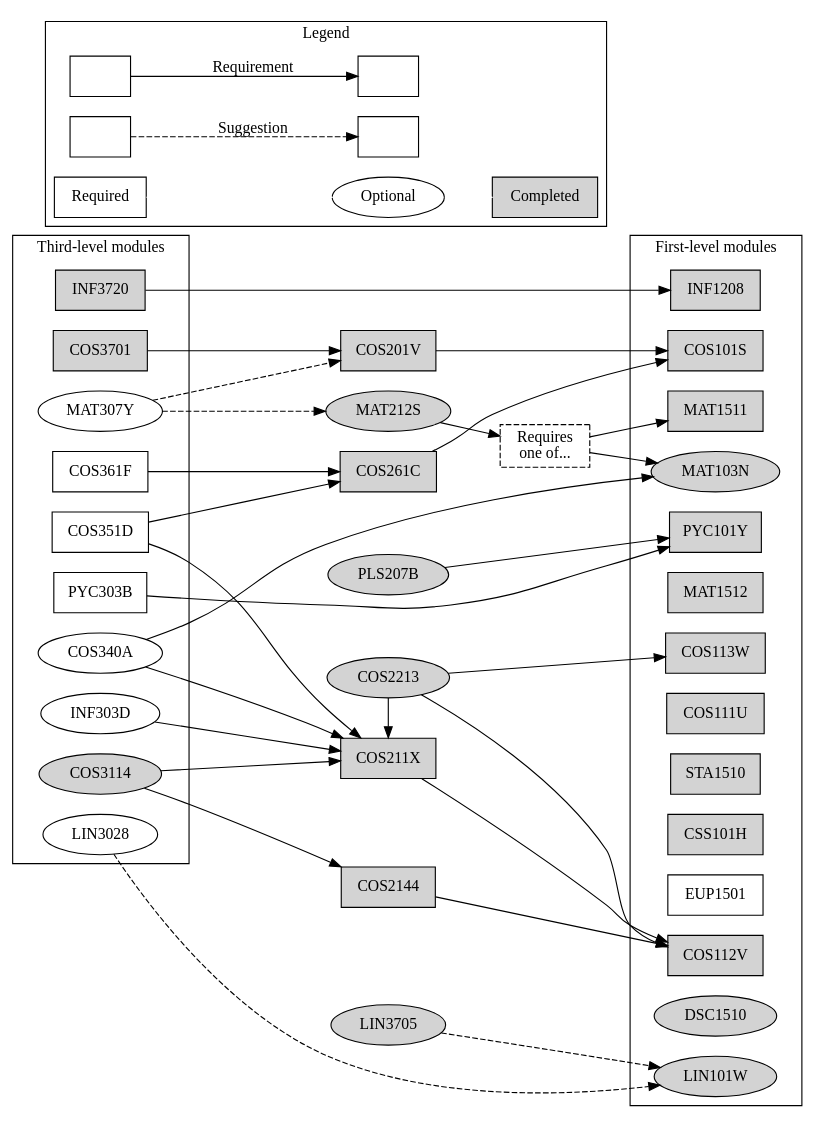
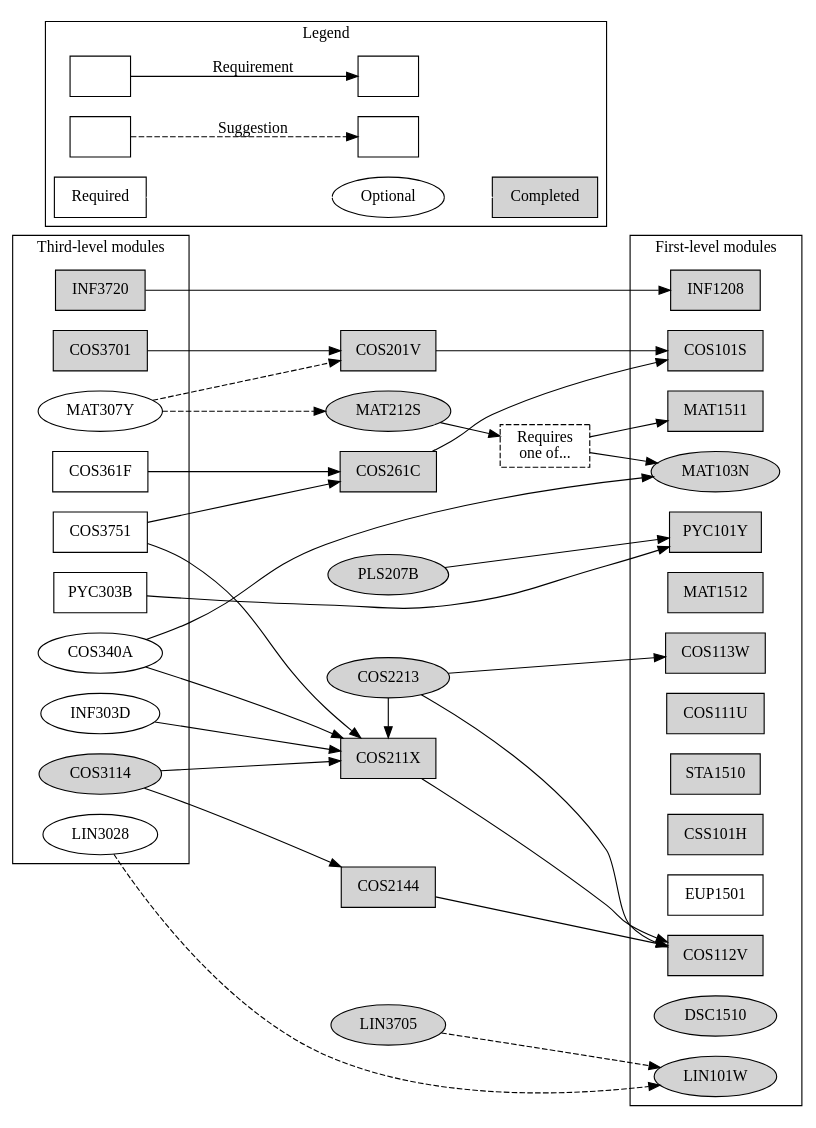
Before and after one commit to apauley/unisa-module-graph: the diagram in ComputationalIntelligence.dot, drawn with Graphviz. The commit also changed 1 other file, not shown here.

Commit message:
Rename Artificial Intelligence code to COS3751

```diff
--- a/ComputationalIntelligence.dot
+++ b/ComputationalIntelligence.dot
@@ -1,89 +1,89 @@
 digraph ComputationalIntelligence {
     node [shape=box];
     rankdir=LR;
 
     subgraph cluster3 {
         label = "Third-level modules";
 
         {rank=same;
         COS3701 [style=filled]
         INF3720 [style=filled]
-        COS351D
+        COS3751
         COS361F
         PYC303B}
 
         {rank=same; node [shape=ellipse];
         COS3114 [style=filled]
         MAT307Y COS340A
         INF303D
         LIN3028}
     }
 
     {rank=same; node [style=filled];
     COS201V COS211X COS261C COS2144}
 
     {rank=same; node [style=filled]; node [shape=ellipse];
     PLS207B MAT212S COS2213 LIN3705}
 
     MAT103OR151 [label="Requires\none of...", style=dashed];
 
     subgraph cluster1 {
         label = "First-level modules";
 
         {rank=same;
         {node [style=filled];
               COS101S COS112V COS113W INF1208 MAT1511 MAT1512
               PYC101Y COS111U STA1510 CSS101H}
         EUP1501}
 
         {rank=same; node [shape=ellipse];
             {node [style=filled];
                 MAT103N DSC1510 LIN101W}}
     }
 
 
     subgraph cluster0 {
         rankdir=LR;
         label = "Legend";
 
         Module1 [label=""];
         Module2 [label=""];
         Module3 [label=""];
         Module4 [label=""];
         Module2 -> Module1 [label="Requirement"]
         Module4 -> Module3 [label="Suggestion", style=dashed]
 
         Required;
         Completed [style=filled];
         Optional [shape=ellipse];
         Required -> Optional [color=white];
         Optional -> Completed [color=white];
     }
 
 
     COS3701 -> {COS201V}
     INF3720 -> {INF1208}
-    COS351D -> {COS211X COS261C}
+    COS3751 -> {COS211X COS261C}
     COS361F -> {COS261C}
     PYC303B -> {PYC101Y}
 
     COS3114 -> {COS211X COS2144}
     MAT307Y -> {MAT212S COS201V} [style=dashed]
     INF303D -> {COS211X}
     LIN3028 -> {LIN101W} [style=dashed]
     COS340A -> {COS211X MAT103N}
 
 
     COS201V -> {COS101S}
     COS211X -> {COS112V}
     COS261C -> {COS101S}
     COS2144 -> {COS112V}
 
     {rank=same; COS2213 COS211X}
     COS2213 -> {COS112V COS113W}
     COS2213 -> {COS211X}
     MAT212S -> {MAT103OR151}
     MAT103OR151 -> {MAT103N MAT1511}
     LIN3705 -> {LIN101W} [style=dashed]
     PLS207B -> {PYC101Y}
 }
```
